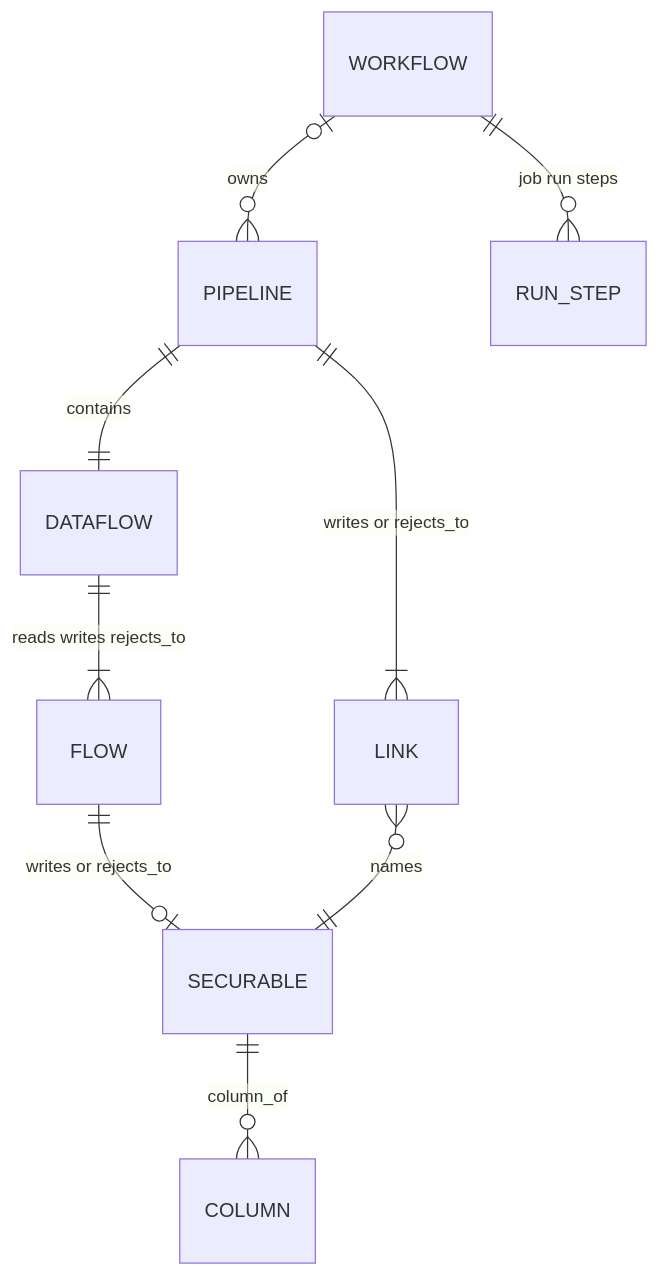
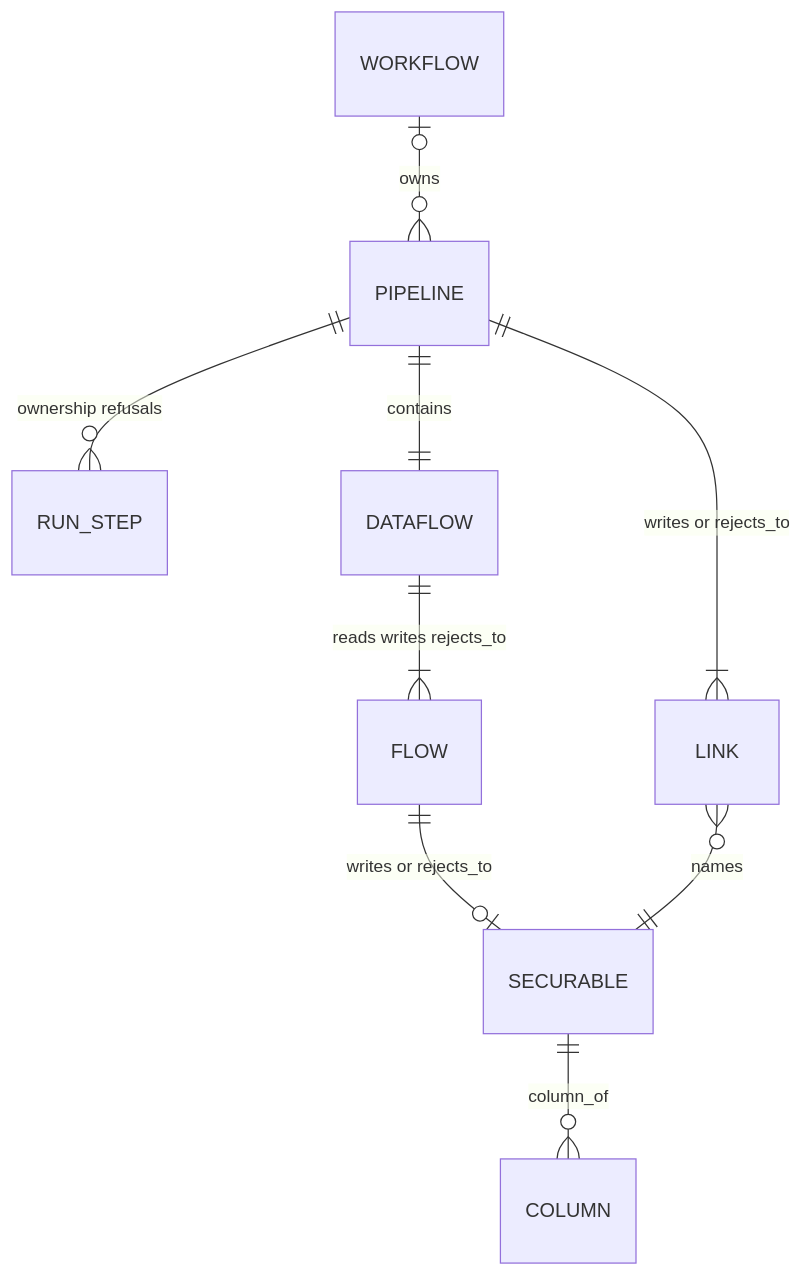
The sixth of 8 diagrams in framework_docs/ARCHITECTURE.md (NitinKeshavB/framework), drawn with Mermaid before and after one commit. The commit also changed other lines of this file and 29 other files, not shown here.

First line of the commit message:
Lean run path: delivery jobs only refresh the pipeline

````diff
--- a/framework_docs/ARCHITECTURE.md
+++ b/framework_docs/ARCHITECTURE.md
@@ -226,11 +214,11 @@
 ```mermaid
 erDiagram
   WORKFLOW |o--o{ PIPELINE : owns
-  WORKFLOW ||--o{ RUN_STEP : "job run steps"
+  PIPELINE ||--o{ RUN_STEP : "ownership refusals"
   PIPELINE ||--|| DATAFLOW : contains
   DATAFLOW ||--|{ FLOW : "reads writes rejects_to"
   FLOW ||--o| SECURABLE : "writes or rejects_to"
   PIPELINE ||--|{ LINK : "writes or rejects_to"
   LINK }o--|| SECURABLE : names
   SECURABLE ||--o{ COLUMN : column_of
 ```
````
